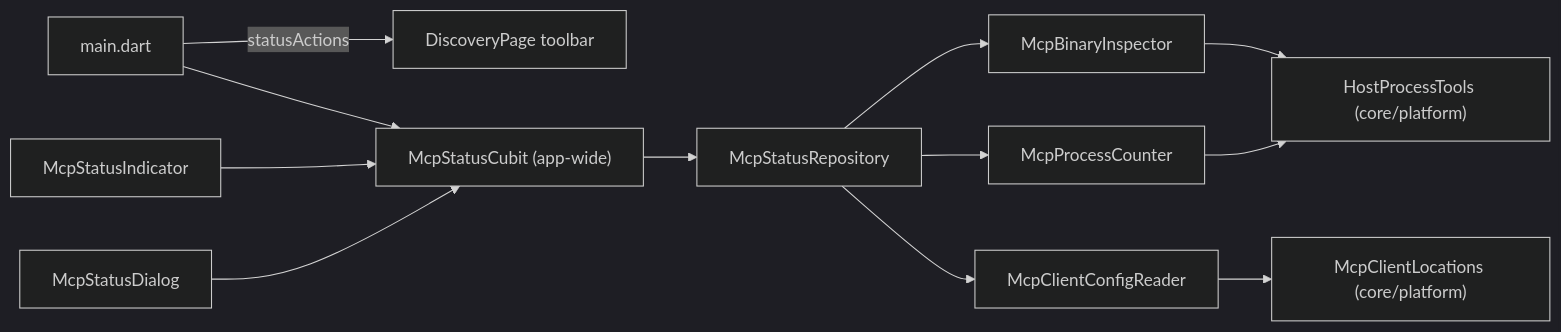
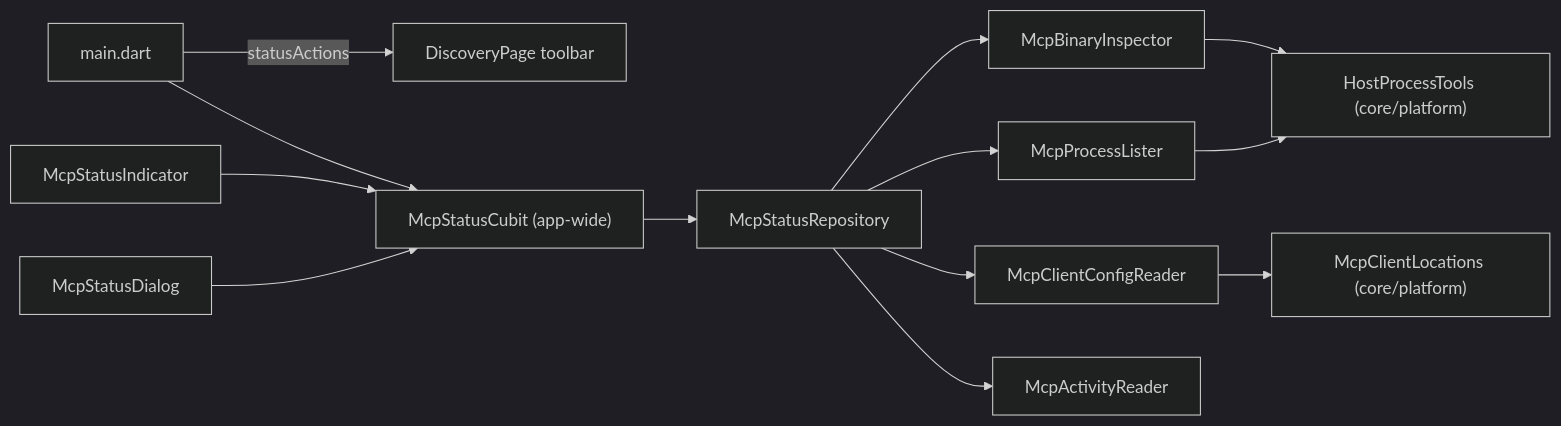
The diagram in docs/features/mcp-status-panel.md (az-coder-123/azdroid), drawn with Mermaid (dark theme) before and after one commit. The commit also changed other lines of this file and 7 other files, not shown here.

Commit message:
docs: document MCP live activity and log the current-app tool issue

````diff
--- a/docs/features/mcp-status-panel.md
+++ b/docs/features/mcp-status-panel.md
@@ -49,13 +50,14 @@
 ```mermaid
 flowchart LR
     Main["main.dart"] -->|statusActions| Discovery["DiscoveryPage toolbar"]
     Main --> Cubit["McpStatusCubit (app-wide)"]
     Indicator["McpStatusIndicator"] --> Cubit
     Dialog["McpStatusDialog"] --> Cubit
     Cubit --> Repo["McpStatusRepository"]
     Repo --> Inspector["McpBinaryInspector"]
     Repo --> Reader["McpClientConfigReader"]
-    Repo --> Counter["McpProcessCounter"]
+    Repo --> Counter["McpProcessLister"]
+    Repo --> Activity["McpActivityReader"]
     Inspector & Counter --> Tools["HostProcessTools (core/platform)"]
     Reader --> Locations["McpClientLocations (core/platform)"]
 ```
````
